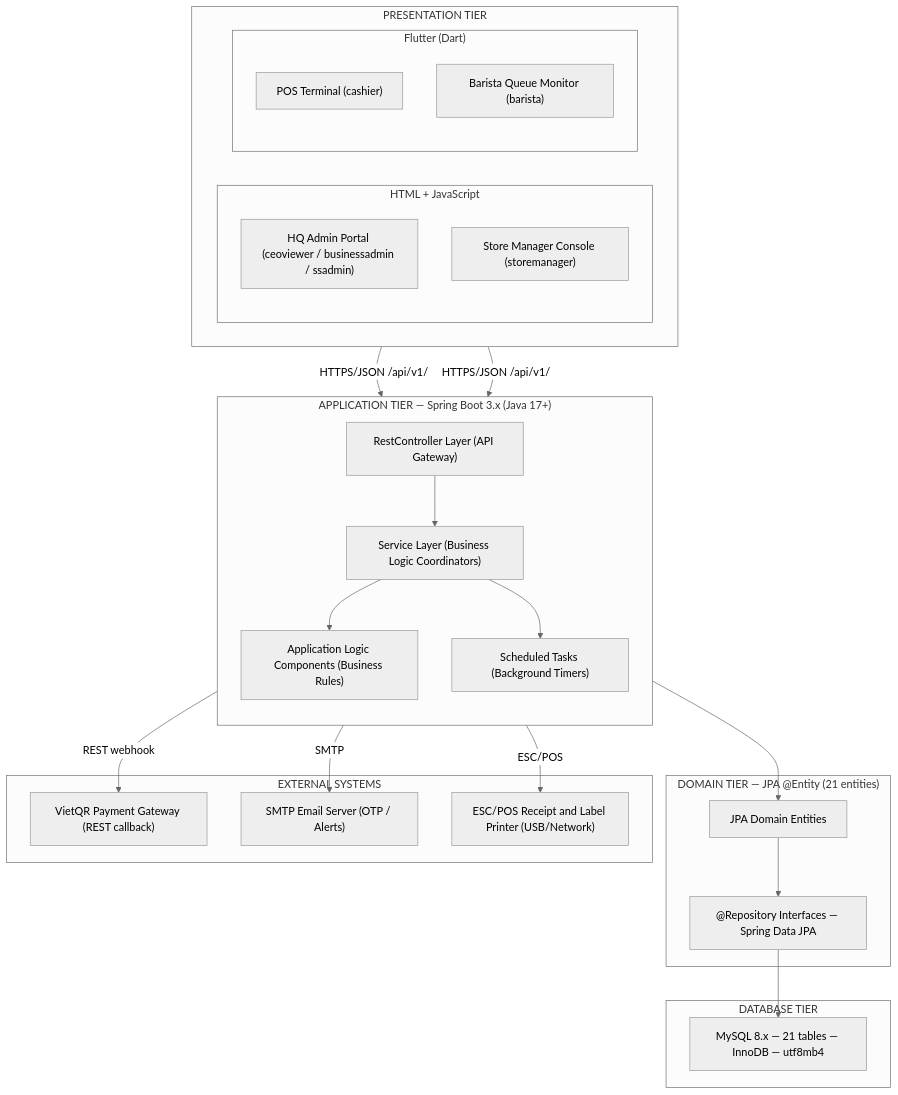
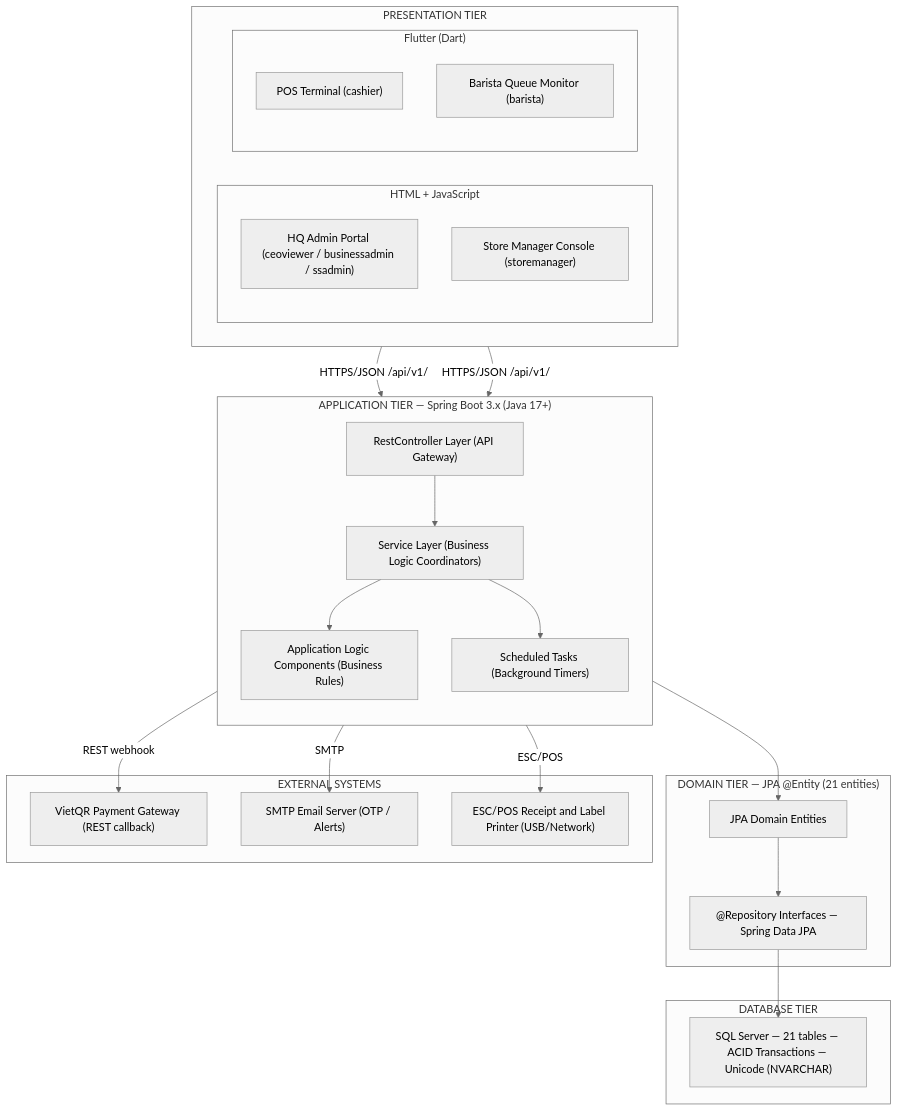
The first of 51 diagrams in RDS_Khoga_CoffeeShop_v1.0.md (Shaichi/Khoga_coffe_shop), drawn with Mermaid (neutral theme) before and after one commit. The commit also changed other lines of this file and 2 other files, not shown here.

Commit message:
docs: replace MySQL 8.x with SQL Server across architecture and database design sections

````diff
--- a/RDS_Khoga_CoffeeShop_v1.0.md
+++ b/RDS_Khoga_CoffeeShop_v1.0.md
@@ -62,49 +62,49 @@
 ```mermaid
 graph TB
     subgraph PRESENTATION["PRESENTATION TIER"]
         direction LR
         subgraph WEB["HTML + JavaScript"]
             HQ["HQ Admin Portal (ceoviewer / businessadmin / ssadmin)"]
             MGR["Store Manager Console (storemanager)"]
         end
         subgraph FLUTTER["Flutter (Dart)"]
             POS["POS Terminal (cashier)"]
             BAR["Barista Queue Monitor (barista)"]
         end
     end
 
     subgraph APP["APPLICATION TIER — Spring Boot 3.x (Java 17+)"]
         direction TB
         CTRL["RestController Layer (API Gateway)"]
         SVC["Service Layer (Business Logic Coordinators)"]
         LOGIC["Application Logic Components (Business Rules)"]
         SCHED["Scheduled Tasks (Background Timers)"]
     end
 
     subgraph DOMAIN["DOMAIN TIER — JPA @Entity (21 entities)"]
         ENT["JPA Domain Entities"]
         REPO["@Repository Interfaces — Spring Data JPA"]
     end
 
     subgraph DB["DATABASE TIER"]
-        MYSQL["MySQL 8.x — 21 tables — InnoDB — utf8mb4"]
+        SQLSERVER["SQL Server — 21 tables — ACID Transactions — Unicode (NVARCHAR)"]
     end
 
     subgraph EXT["EXTERNAL SYSTEMS"]
         VIETQR["VietQR Payment Gateway (REST callback)"]
         EMAIL["SMTP Email Server (OTP / Alerts)"]
         PRINTER["ESC/POS Receipt and Label Printer (USB/Network)"]
     end
 
     WEB -->|"HTTPS/JSON /api/v1/"| CTRL
     FLUTTER -->|"HTTPS/JSON /api/v1/"| CTRL
     CTRL --> SVC
     SVC --> LOGIC
     SVC --> SCHED
     SVC --> ENT
     ENT --> REPO
-    REPO --> MYSQL
+    REPO --> SQLSERVER
     CTRL -->|"REST webhook"| VIETQR
     SVC -->|"SMTP"| EMAIL
     APP -->|"ESC/POS"| PRINTER
 ```
````
